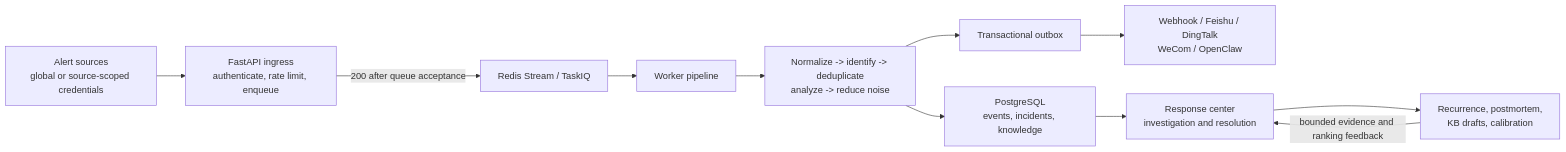
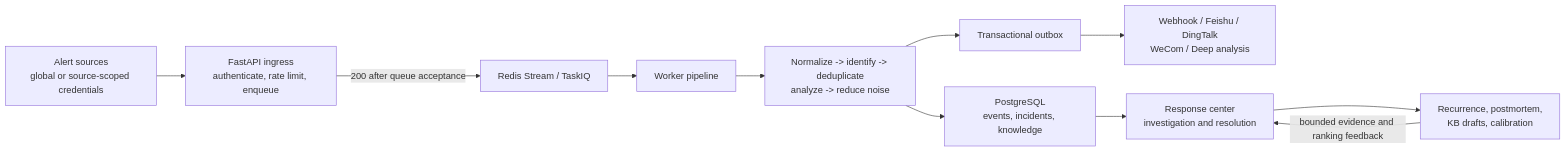
One commit to itswl/WebhookWise changed the first of 2 diagrams in README.md. Above: the diagram before and after it, drawn with Mermaid. The commit also changed other lines of this file and 87 other files, not shown here.

````diff
--- a/README.md
+++ b/README.md
@@ -62,24 +62,24 @@
 ```mermaid
 flowchart LR
     sources["Alert sources<br/>global or source-scoped credentials"]
     api["FastAPI ingress<br/>authenticate, rate limit, enqueue"]
     queue["Redis Stream / TaskIQ"]
     worker["Worker pipeline"]
     process["Normalize -> identify -> deduplicate<br/>analyze -> reduce noise"]
     db["PostgreSQL<br/>events, incidents, knowledge"]
     outbox["Transactional outbox"]
-    targets["Webhook / Feishu / DingTalk<br/>WeCom / OpenClaw"]
+    targets["Webhook / Feishu / DingTalk<br/>WeCom / Deep analysis"]
     response["Response center<br/>investigation and resolution"]
     learning["Recurrence, postmortem,<br/>KB drafts, calibration"]
 
     sources --> api
     api -->|"200 after queue acceptance"| queue
     queue --> worker
     worker --> process
     process --> db
     process --> outbox
     outbox --> targets
     db --> response
     response --> learning
     learning -->|"bounded evidence and ranking feedback"| response
 ```
````
